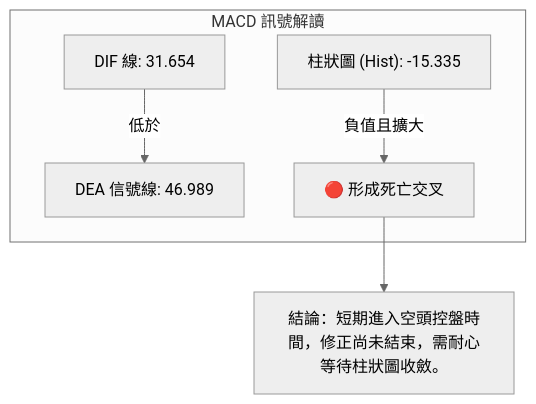
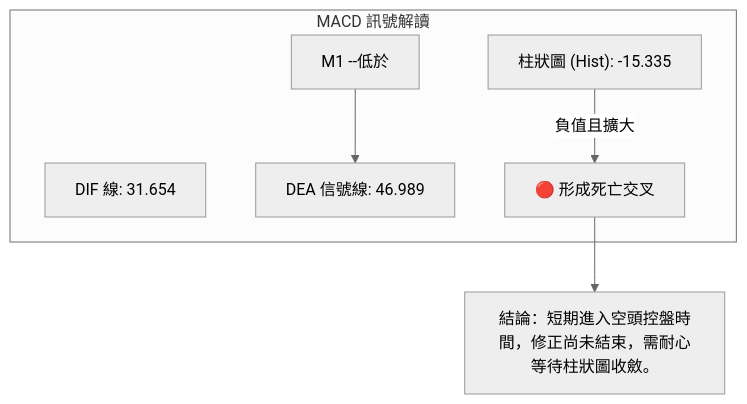
One commit to yennanliu/finance_data changed the seventh of 9 diagrams in ai_gen_report/stock/2330.tw/technical_analysis_2026-06-13_gemini.md. Above: the diagram before and after it, drawn with Mermaid (neutral theme). The commit also changed other lines of this file and 2258 other files, not shown here.

First line of the commit message:
chore: backfill Mermaid syntax repair across existing reports

````diff
--- a/ai_gen_report/stock/2330.tw/technical_analysis_2026-06-13_gemini.md
+++ b/ai_gen_report/stock/2330.tw/technical_analysis_2026-06-13_gemini.md
@@ -360,12 +360,12 @@
 ```mermaid
 graph TD
     subgraph MACD_Analysis ["MACD 訊號解讀"]
         M1["DIF 線: 31.654"]
         M2["DEA 信號線: 46.989"]
         M3["柱狀圖 (Hist): -15.335"]
         
-        M1 --"低於"--> M2
+        nb1["M1 --"低於""] --> M2
         M3 --"負值且擴大"--> M4["🔴 形成死亡交叉"]
     end
     M4 --> M5["結論：短期進入空頭控盤時間，修正尚未結束，需耐心等待柱狀圖收斂。"]
 ```
````
